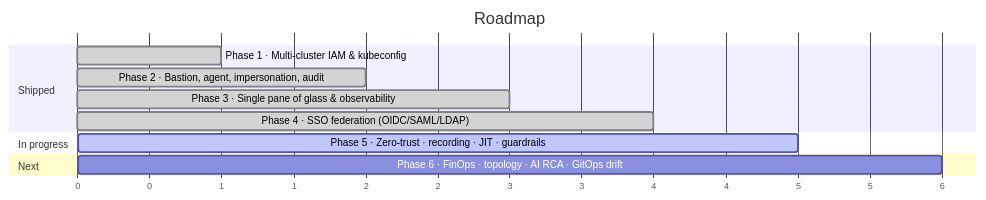
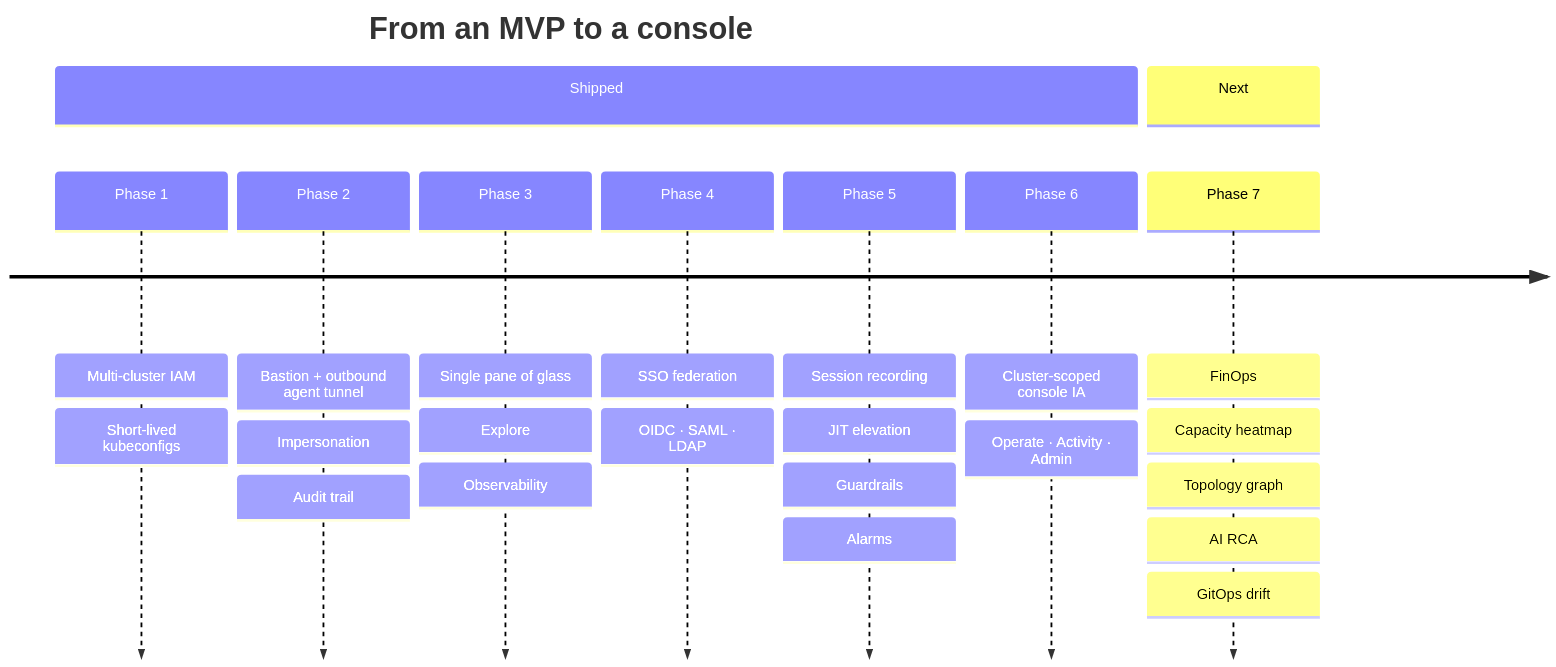
Before and after one commit to kubemg/kubemg: the seventh of 7 diagrams in README.md, drawn with Mermaid. The commit also changed other lines of this file, not shown here.

````diff
--- a/README.md
+++ b/README.md
@@ -394,15 +442,13 @@
 ```mermaid
-gantt
-    title Roadmap
-    dateFormat X
-    axisFormat %s
+timeline
+    title From an MVP to a console
     section Shipped
-    Phase 1 · Multi-cluster IAM & kubeconfig      :done, p1, 0, 1
-    Phase 2 · Bastion, agent, impersonation, audit :done, p2, 1, 2
-    Phase 3 · Single pane of glass & observability :done, p3, 2, 3
-    Phase 4 · SSO federation (OIDC/SAML/LDAP)      :done, p4, 3, 4
-    section In progress
-    Phase 5 · Zero-trust · recording · JIT · guardrails :active, p5, 4, 5
+        Phase 1 : Multi-cluster IAM : Short-lived kubeconfigs
+        Phase 2 : Bastion + outbound agent tunnel : Impersonation : Audit trail
+        Phase 3 : Single pane of glass : Explore : Observability
+        Phase 4 : SSO federation : OIDC · SAML · LDAP
+        Phase 5 : Session recording : JIT elevation : Guardrails : Alarms
+        Phase 6 : Cluster-scoped console IA : Operate · Activity · Admin
     section Next
-    Phase 6 · FinOps · topology · AI RCA · GitOps drift :p6, 5, 6
+        Phase 7 : FinOps : Capacity heatmap : Topology graph : AI RCA : GitOps drift
 ```
````
